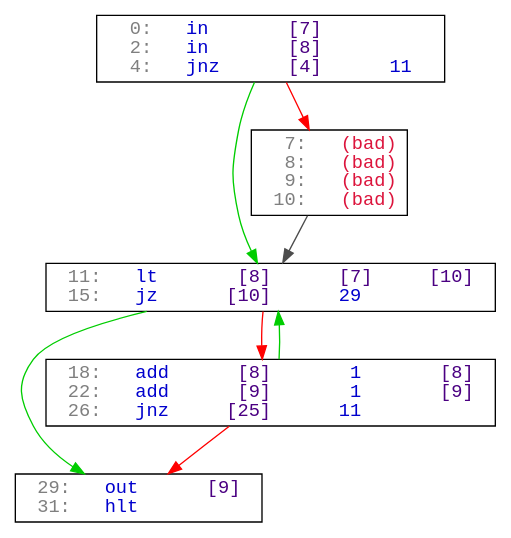
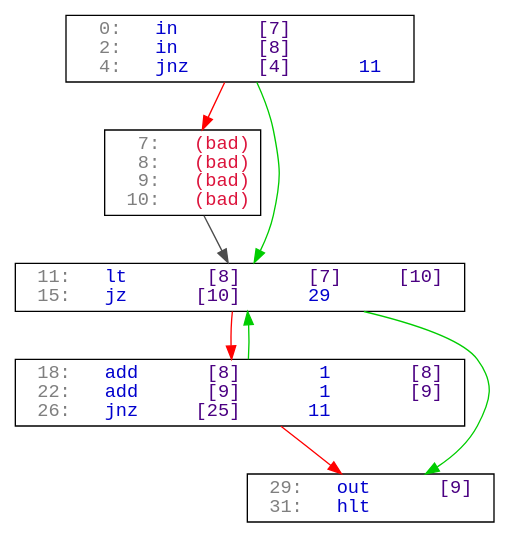
One commit to mebeim/aoc changed the diagram in 2019/misc/day05/examples/subtract.dot. Above: the diagram before and after it, drawn with Graphviz. The commit also changed other lines of this file and 2 other files, not shown here.

```diff
--- a/2019/misc/day05/examples/subtract.dot
+++ b/2019/misc/day05/examples/subtract.dot
@@ -1,18 +1,18 @@
 strict digraph  {
 	node [fontname=monospace,
 		label="\N",
 		shape=box
 	];
 	0	 [label=<<font color="blue4"><font color="gray50">   0:</font>  <font color="blue3">in  </font> <font color="indigo">     [7]</font></font><br align="left"/><font color="blue4"><font color="gray50">   2:</font>  <font color="blue3">in  </font> <font color="indigo">     [8]</font></font><br align="left"/><font color="blue4"><font color="gray50">   4:</font>  <font color="blue3">jnz </font> <font color="indigo">     [4]</font> <font color="blue3">     11 </font></font><br align="left"/>>];
+	1	 [label=<<font color="blue4"><font color="gray50">   7:</font>  <font color="crimson">(bad)</font></font><br align="left"/><font color="blue4"><font color="gray50">   8:</font>  <font color="crimson">(bad)</font></font><br align="left"/><font color="blue4"><font color="gray50">   9:</font>  <font color="crimson">(bad)</font></font><br align="left"/><font color="blue4"><font color="gray50">  10:</font>  <font color="crimson">(bad)</font></font><br align="left"/>>];
+	0 -> 1	 [color=red];
 	2	 [label=<<font color="blue4"><font color="gray50">  11:</font>  <font color="blue3">lt  </font> <font color="indigo">     [8]</font> <font color="indigo">     [7]</font> <font color="indigo">    [10]</font></font><br align="left"/><font color="blue4"><font color="gray50">  15:</font>  <font color="blue3">jz  </font> <font color="indigo">    [10]</font> <font color="blue3">     29 </font></font><br align="left"/>>];
 	0 -> 2	 [color=green3];
-	1	 [label=<<font color="blue4"><font color="gray50">   7:</font>  <font color="crimson">(bad)</font></font><br align="left"/><font color="blue4"><font color="gray50">   8:</font>  <font color="crimson">(bad)</font></font><br align="left"/><font color="blue4"><font color="gray50">   9:</font>  <font color="crimson">(bad)</font></font><br align="left"/><font color="blue4"><font color="gray50">  10:</font>  <font color="crimson">(bad)</font></font><br align="left"/>>];
-	0 -> 1	 [color=red];
+	1 -> 2	 [color=grey30];
+	3	 [label=<<font color="blue4"><font color="gray50">  18:</font>  <font color="blue3">add </font> <font color="indigo">     [8]</font> <font color="blue3">      1 </font> <font color="indigo">     [8]</font></font><br align="left"/><font color="blue4"><font color="gray50">  22:</font>  <font color="blue3">add </font> <font color="indigo">     [9]</font> <font color="blue3">      1 </font> <font color="indigo">     [9]</font></font><br align="left"/><font color="blue4"><font color="gray50">  26:</font>  <font color="blue3">jnz </font> <font color="indigo">    [25]</font> <font color="blue3">     11 </font></font><br align="left"/>>];
+	2 -> 3	 [color=red];
 	4	 [label=<<font color="blue4"><font color="gray50">  29:</font>  <font color="blue3">out </font> <font color="indigo">     [9]</font></font><br align="left"/><font color="blue4"><font color="gray50">  31:</font>  <font color="blue3">hlt </font></font><br align="left"/>>];
 	2 -> 4	 [color=green3];
-	3	 [label=<<font color="blue4"><font color="gray50">  18:</font>  <font color="blue3">add </font> <font color="indigo">     [8]</font> <font color="blue3">      1 </font> <font color="indigo">     [8]</font></font><br align="left"/><font color="blue4"><font color="gray50">  22:</font>  <font color="blue3">add </font> <font color="indigo">     [9]</font> <font color="blue3">      1 </font> <font color="indigo">     [9]</font></font><br align="left"/><font color="blue4"><font color="gray50">  26:</font>  <font color="blue3">jnz </font> <font color="indigo">    [25]</font> <font color="blue3">     11 </font></font><br align="left"/>>];
-	2 -> 3	 [color=red];
-	1 -> 2	 [color=grey30];
 	3 -> 2	 [color=green3];
 	3 -> 4	 [color=red];
 }
```
